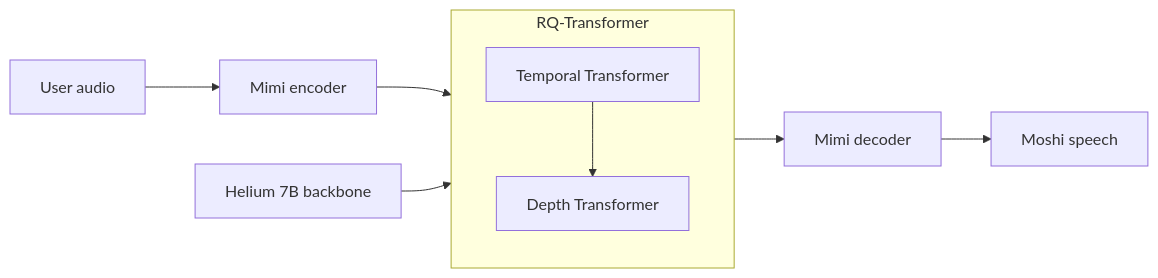
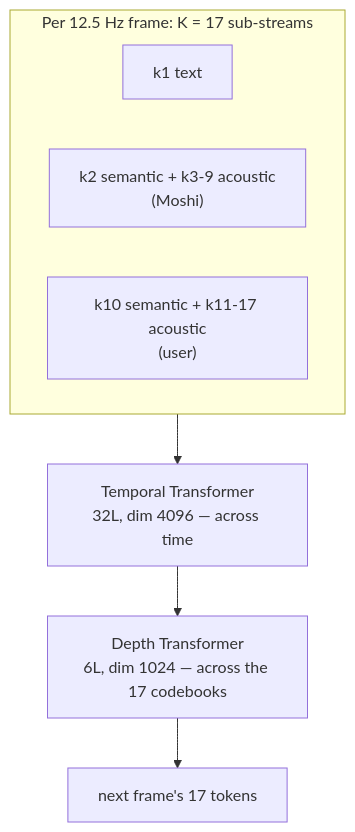
One commit to hardaatbaath/portfolio changed the second of 4 diagrams in content/notes/moshi-speech-text-foundation-model.md. Above: the diagram before and after it, drawn with Mermaid. The commit also changed other lines of this file, not shown here.

Commit message:
Expand Moshi note into a complete, faithful paper reconstruction (architecture, training pipeline, ablations)

````diff
--- a/content/notes/moshi-speech-text-foundation-model.md
+++ b/content/notes/moshi-speech-text-foundation-model.md
@@ -50,12 +92,12 @@
 ```mermaid
-flowchart LR
-  U["User audio"] --> ME["Mimi encoder"]
-  ME --> RQ
-  H["Helium 7B backbone"] --> RQ
-  subgraph RQ["RQ-Transformer"]
-    direction TB
-    TT["Temporal Transformer"] --> DT["Depth Transformer"]
+flowchart TB
+  subgraph Frame["Per 12.5 Hz frame: K = 17 sub-streams"]
+    direction LR
+    TXT["k1 text"]
+    MOS["k2 semantic + k3-9 acoustic<br/>(Moshi)"]
+    USR["k10 semantic + k11-17 acoustic<br/>(user)"]
   end
-  RQ --> MD["Mimi decoder"]
-  MD --> S["Moshi speech"]
+  Frame --> TT["Temporal Transformer<br/>32L, dim 4096 — across time"]
+  TT --> DT["Depth Transformer<br/>6L, dim 1024 — across the 17 codebooks"]
+  DT --> Next["next frame's 17 tokens"]
 ```
````
